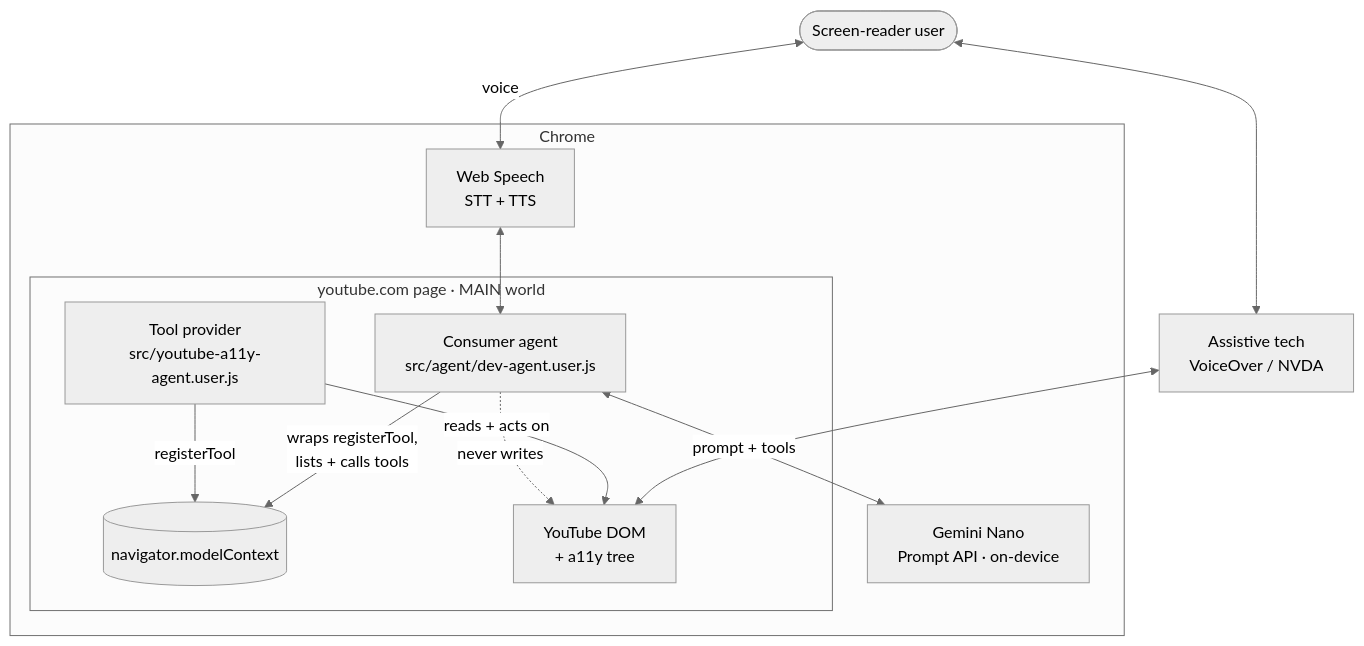
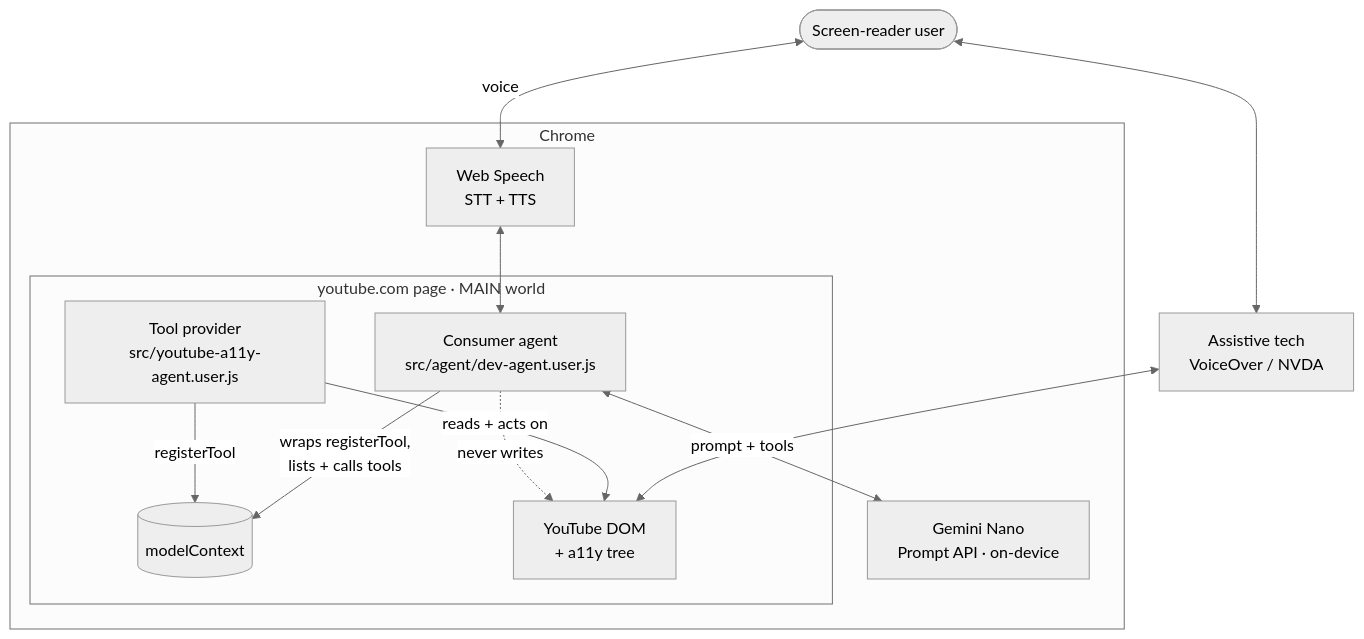
Before and after one commit to camelburrito/yt-a11y-agent: the first of 7 diagrams in docs/architecture/yt-a11y-agent.md, drawn with Mermaid (neutral theme). The commit also changed other lines of this file and 24 other files, not shown here.

````diff
--- a/docs/architecture/yt-a11y-agent.md
+++ b/docs/architecture/yt-a11y-agent.md
@@ -16,25 +16,25 @@
 ```mermaid
 flowchart TB
   user([Screen-reader user])
   at[Assistive tech<br/>VoiceOver / NVDA]
   subgraph browser[Chrome]
     voice[Web Speech<br/>STT + TTS]
     nano[Gemini Nano<br/>Prompt API · on-device]
     subgraph page[youtube.com page · MAIN world]
       consumer[Consumer agent<br/>src/agent/dev-agent.user.js]
       provider[Tool provider<br/>src/youtube-a11y-agent.user.js]
-      mc[(navigator.modelContext)]
+      mc[(modelContext)]
       dom[YouTube DOM<br/>+ a11y tree]
     end
   end
 
   user <--> at
   at <--> dom
   user <-->|voice| voice
   voice <--> consumer
   consumer <-->|prompt + tools| nano
   consumer -->|wraps registerTool,<br/>lists + calls tools| mc
   provider -->|registerTool| mc
   provider -->|reads + acts on| dom
   consumer -.->|never writes| dom
 ```
````
